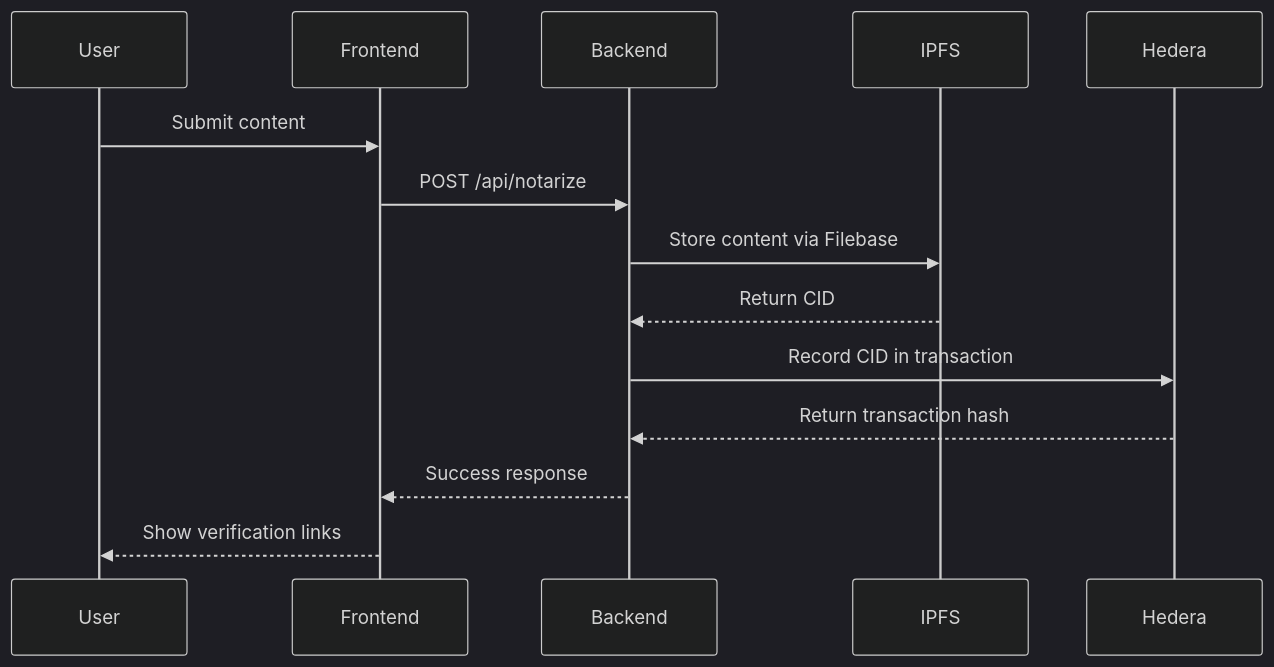
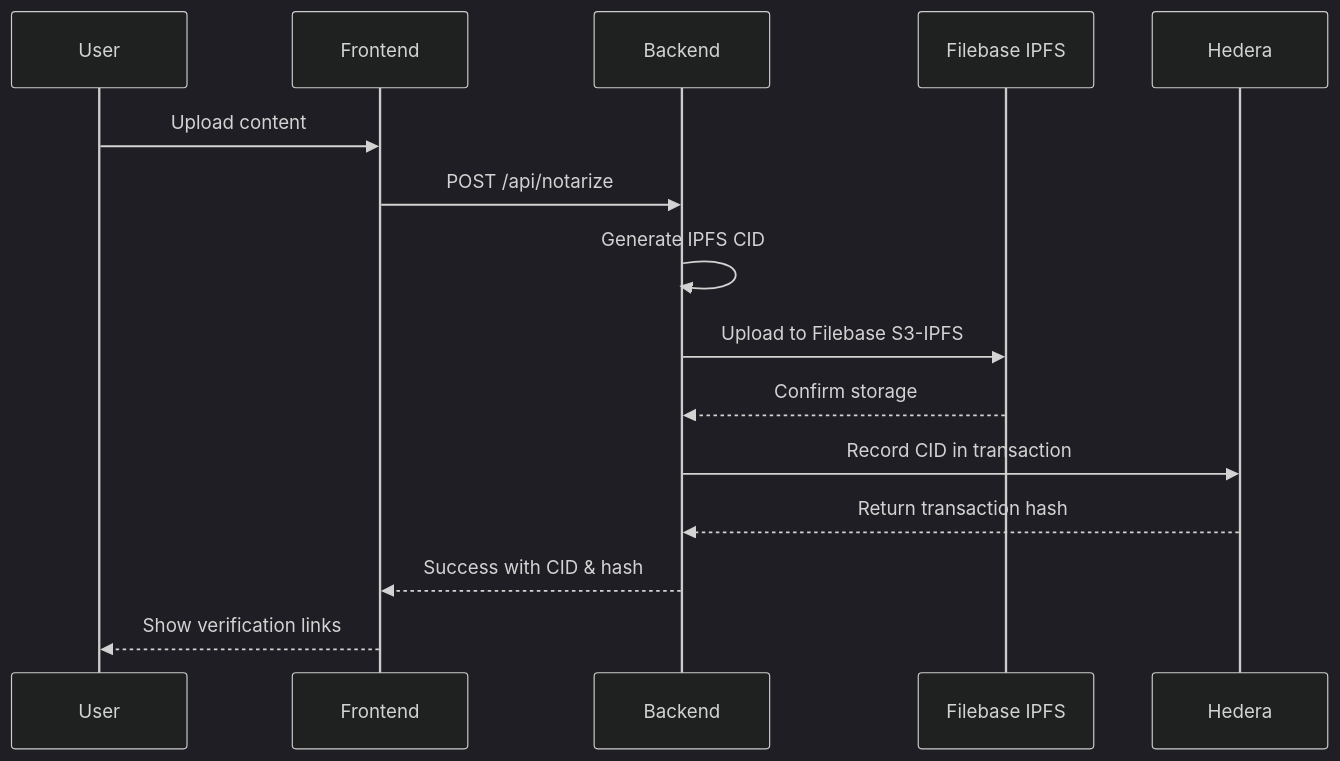
One commit to Sachidananda-17/Hedera_Test changed the first of 2 diagrams in README.md. Above: the diagram before and after it, drawn with Mermaid (dark theme). The commit also changed other lines of this file, not shown here.

````diff
--- a/README.md
+++ b/README.md
@@ -127,17 +160,18 @@
 ```mermaid
 sequenceDiagram
     participant User
     participant Frontend
     participant Backend
-    participant IPFS
+    participant IPFS as Filebase IPFS
     participant Hedera
 
-    User->>Frontend: Submit content
+    User->>Frontend: Upload content
     Frontend->>Backend: POST /api/notarize
-    Backend->>IPFS: Store content via Filebase
-    IPFS-->>Backend: Return CID
+    Backend->>Backend: Generate IPFS CID
+    Backend->>IPFS: Upload to Filebase S3-IPFS
+    IPFS-->>Backend: Confirm storage
     Backend->>Hedera: Record CID in transaction
     Hedera-->>Backend: Return transaction hash
-    Backend-->>Frontend: Success response
+    Backend-->>Frontend: Success with CID & hash
     Frontend-->>User: Show verification links
 ```
````
